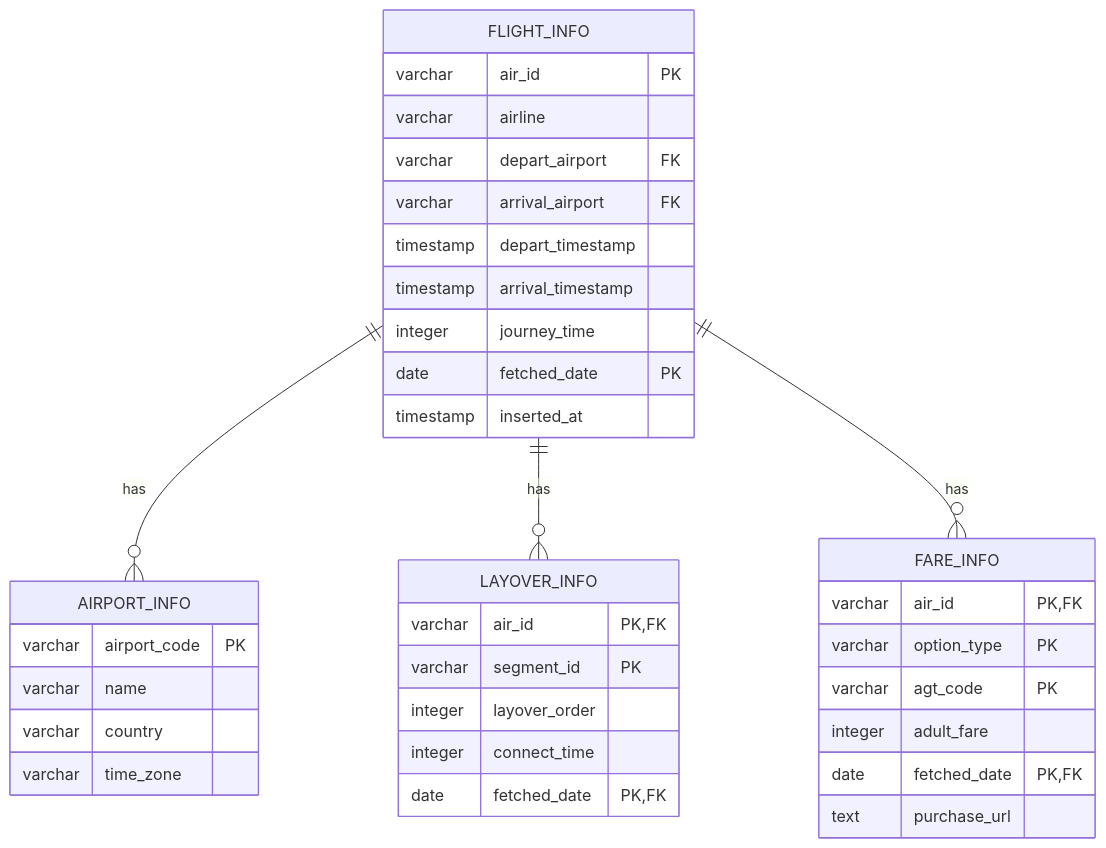
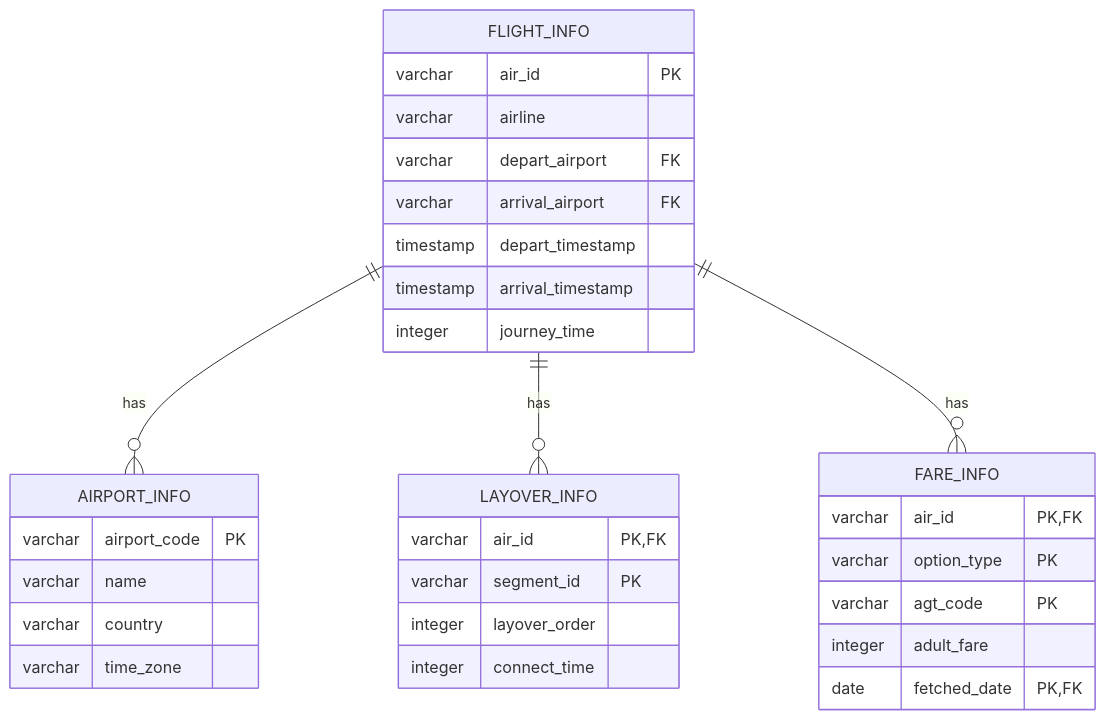
One commit to Tobigs-DashBoard/Flights_Team changed the diagram in README.md. Above: the diagram before and after it, drawn with Mermaid. The commit also changed other lines of this file and 12 other files, not shown here.

````diff
--- a/README.md
+++ b/README.md
@@ -7,38 +7,34 @@
 ```mermaid
 erDiagram
     FLIGHT_INFO ||--o{ AIRPORT_INFO : has
     FLIGHT_INFO ||--o{ LAYOVER_INFO : has
     FLIGHT_INFO ||--o{ FARE_INFO : has
     AIRPORT_INFO {
         varchar airport_code PK
         varchar name
         varchar country
         varchar time_zone
     }
     FLIGHT_INFO {
         varchar air_id PK
         varchar airline
         varchar depart_airport FK
         varchar arrival_airport FK
         timestamp depart_timestamp 
         timestamp arrival_timestamp 
         integer journey_time
-        date fetched_date PK
-        timestamp inserted_at
     }
     LAYOVER_INFO {
         varchar air_id PK, FK
         varchar segment_id PK
         integer layover_order
         integer connect_time
-        date fetched_date PK, FK
     }
     FARE_INFO {
         varchar air_id PK, FK
         varchar option_type PK
         varchar agt_code PK
         integer adult_fare
         date fetched_date PK, FK
-        text purchase_url
     }
 ```
````
